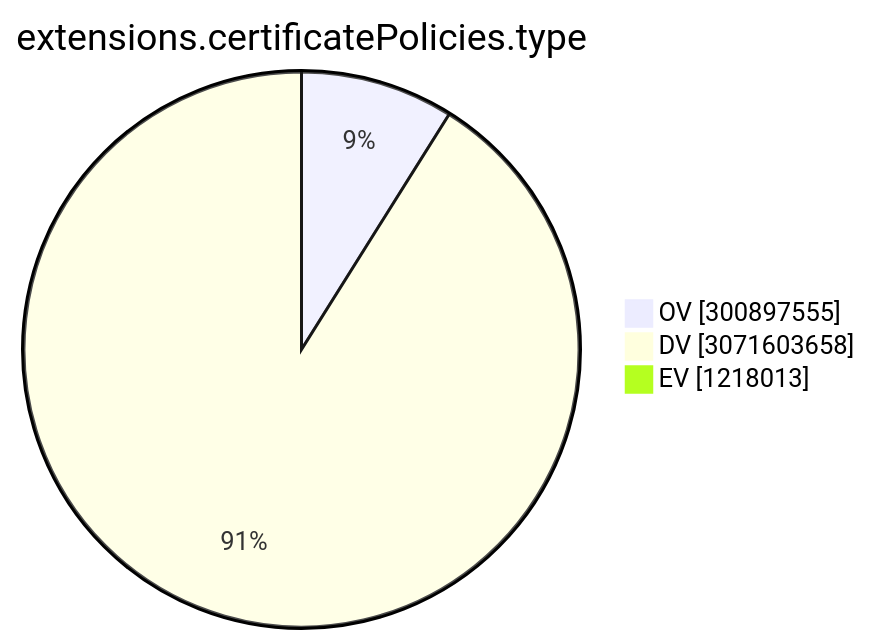
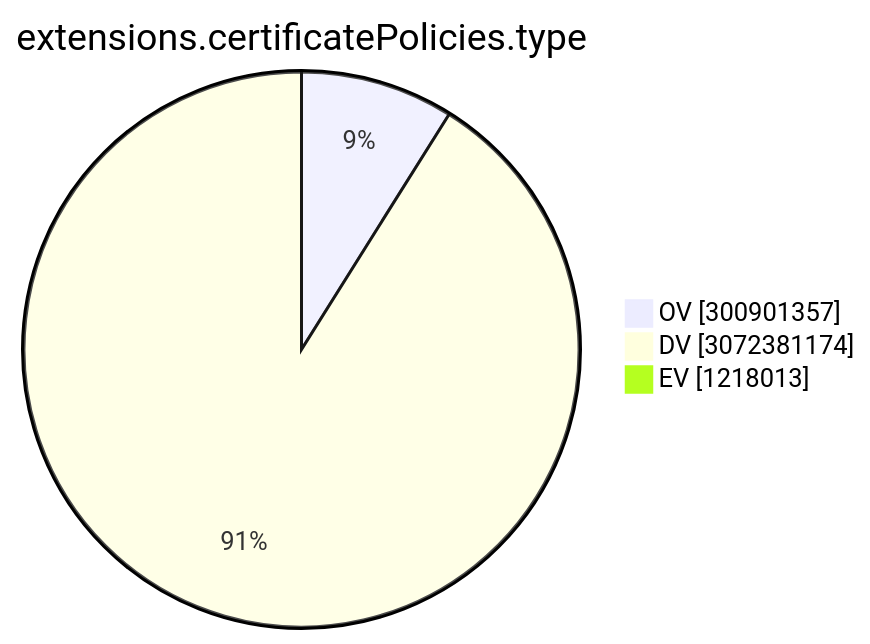
The ninth of 15 diagrams in TOTAL/README.md (christiankrug/ctmonitor_visualization), drawn with Mermaid before and after one commit. The commit also changed other lines of this file, not shown here.

````diff
--- a/TOTAL/README.md
+++ b/TOTAL/README.md
@@ -3102,7 +3102,7 @@
 ```mermaid
 pie showData
 title extensions.certificatePolicies.type
-"OV" :300897555
-"DV" :3071603658
+"OV" :300901357
+"DV" :3072381174
 "EV" :1218013
 ```
````
